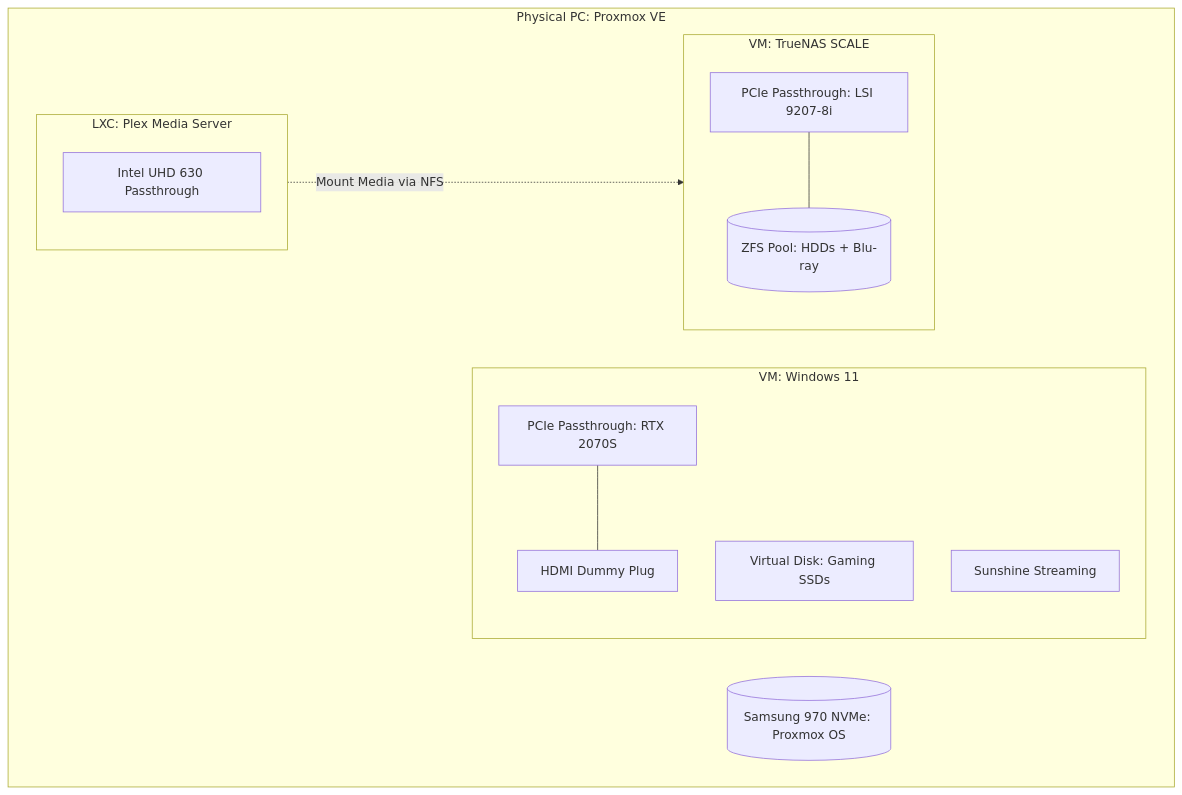
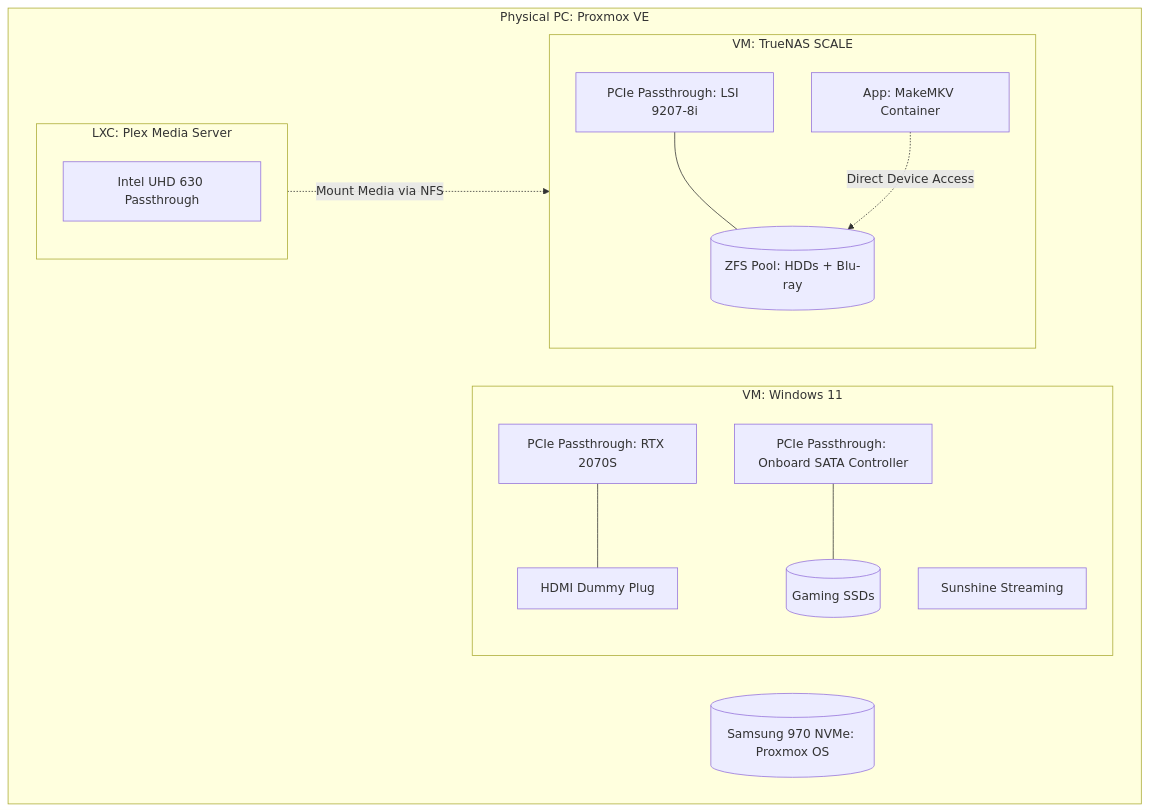
The third of 3 diagrams in README.md (barronfuentes/homelab), drawn with Mermaid before and after one commit. The commit also changed other lines of this file and 1 other file, not shown here.

````diff
--- a/README.md
+++ b/README.md
@@ -99,26 +100,30 @@
 ```mermaid
 graph TB
     subgraph Proxmox_Host [Physical PC: Proxmox VE]
         NVMe[(Samsung 970 NVMe: Proxmox OS)]
         
         subgraph TrueNAS_VM [VM: TrueNAS SCALE]
             HBA[PCIe Passthrough: LSI 9207-8i]
             Pool[(ZFS Pool: HDDs + Blu-ray)]
+            MKV[App: MakeMKV Container]
             HBA --- Pool
+            MKV -.->|Direct Device Access| Pool
         end
         
         subgraph Gaming_VM [VM: Windows 11]
             GPU[PCIe Passthrough: RTX 2070S]
-            SSD[Virtual Disk: Gaming SSDs]
+            SATA[PCIe Passthrough: Onboard SATA Controller]
+            SSD[(Gaming SSDs)]
             HDMI[HDMI Dummy Plug]
             SUN[Sunshine Streaming]
             GPU --- HDMI
+            SATA --- SSD
         end
         
         subgraph Plex_LXC [LXC: Plex Media Server]
             iGPU[Intel UHD 630 Passthrough]
         end
     end
 
     Plex_LXC -.->|Mount Media via NFS| TrueNAS_VM
 ```
````
